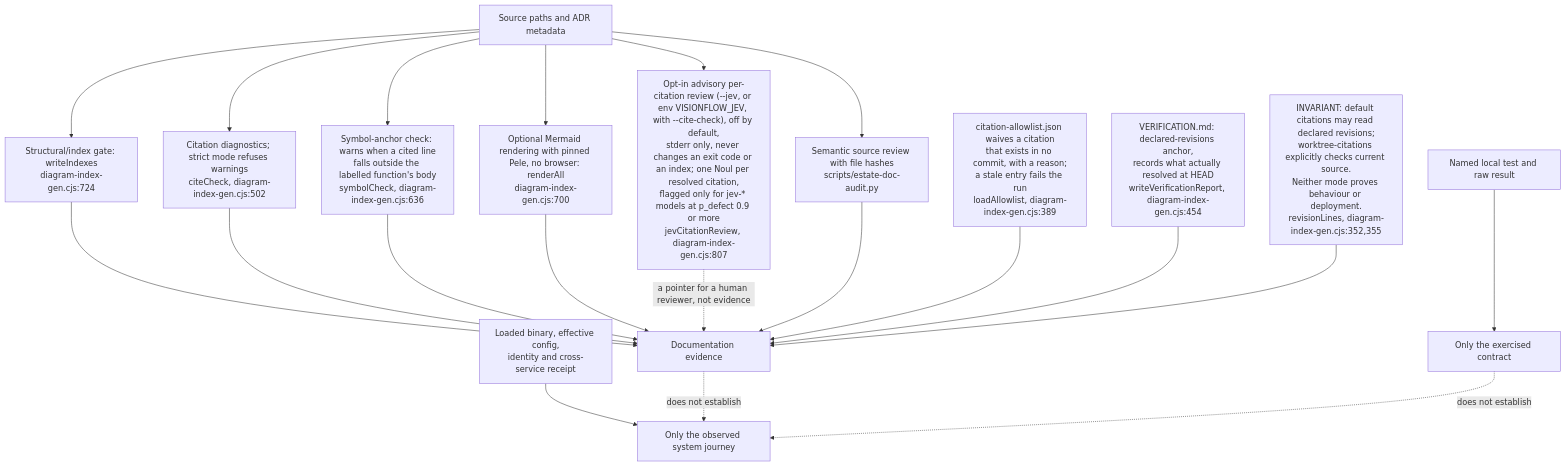
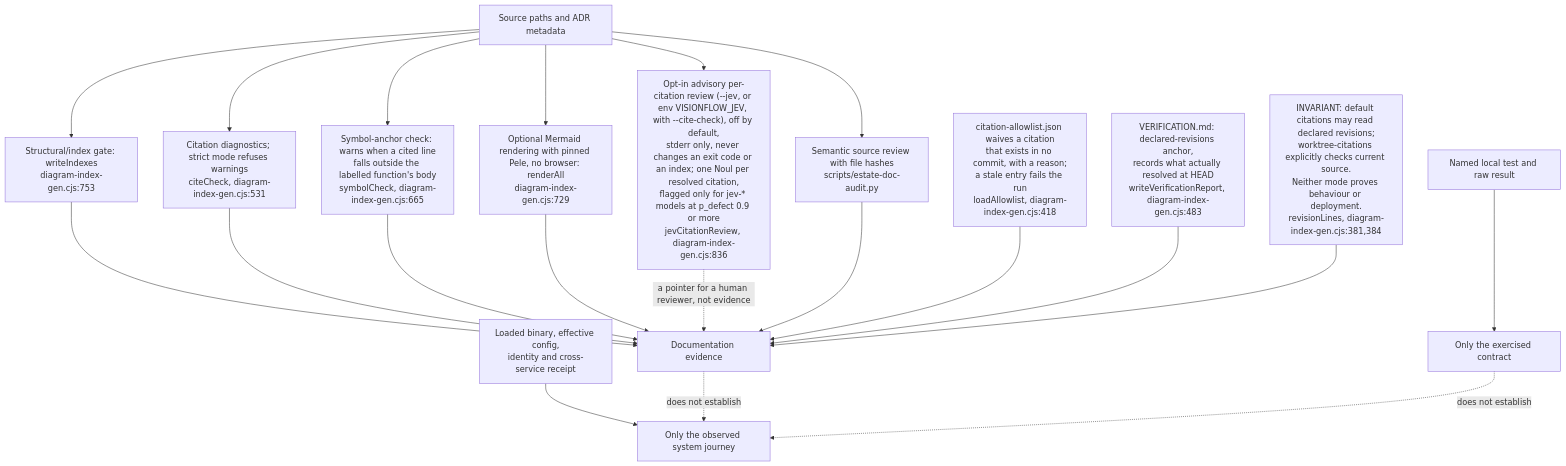
The fifth of 5 diagrams in docs/diagrams/estate/90-evidence-and-supporting-repositories.md (DreamLab-AI/VisionFlow), drawn with Mermaid before and after one commit. The commit also changed other lines of this file and 49 other files, not shown here.

First line of the commit message:
docs(diagrams): re-derive and re-stamp VisionClaw, estate, knowledge-graph, visionGraph, VisionFlow and sidestr topics

````diff
--- a/docs/diagrams/estate/90-evidence-and-supporting-repositories.md
+++ b/docs/diagrams/estate/90-evidence-and-supporting-repositories.md
@@ -107,22 +110,22 @@
 ```mermaid
 flowchart TB
-    F["Source paths and ADR metadata"] --> G["Structural/index gate: writeIndexes<br/>diagram-index-gen.cjs:724"]
-    F --> C["Citation diagnostics; strict mode refuses warnings<br/>citeCheck, diagram-index-gen.cjs:502"]
-    F --> SYM["Symbol-anchor check: warns when a cited line<br/>falls outside the labelled function's body<br/>symbolCheck, diagram-index-gen.cjs:636"]
-    F --> JEV["Opt-in advisory per-citation review (--jev, or env VISIONFLOW_JEV, with --cite-check), off by default,<br/>stderr only, never changes an exit code or an index; one Noul per resolved citation,<br/>flagged only for jev-* models at p_defect 0.9 or more<br/>jevCitationReview, diagram-index-gen.cjs:807"]
-    F --> R["Optional Mermaid rendering with pinned Pele, no browser: renderAll<br/>diagram-index-gen.cjs:700"]
+    F["Source paths and ADR metadata"] --> G["Structural/index gate: writeIndexes<br/>diagram-index-gen.cjs:753"]
+    F --> C["Citation diagnostics; strict mode refuses warnings<br/>citeCheck, diagram-index-gen.cjs:531"]
+    F --> SYM["Symbol-anchor check: warns when a cited line<br/>falls outside the labelled function's body<br/>symbolCheck, diagram-index-gen.cjs:665"]
+    F --> JEV["Opt-in advisory per-citation review (--jev, or env VISIONFLOW_JEV, with --cite-check), off by default,<br/>stderr only, never changes an exit code or an index; one Noul per resolved citation,<br/>flagged only for jev-* models at p_defect 0.9 or more<br/>jevCitationReview, diagram-index-gen.cjs:836"]
+    F --> R["Optional Mermaid rendering with pinned Pele, no browser: renderAll<br/>diagram-index-gen.cjs:729"]
     F --> S["Semantic source review with file hashes<br/>scripts/estate-doc-audit.py"]
     G --> DOC["Documentation evidence"]
     C --> DOC
     SYM --> DOC
     R --> DOC
     JEV -.->|"a pointer for a human reviewer, not evidence"| DOC
     S --> DOC
-    ALLOW["citation-allowlist.json waives a citation<br/>that exists in no commit, with a reason;<br/>a stale entry fails the run<br/>loadAllowlist, diagram-index-gen.cjs:389"] --> DOC
-    VER["VERIFICATION.md: declared-revisions anchor,<br/>records what actually resolved at HEAD<br/>writeVerificationReport, diagram-index-gen.cjs:454"] --> DOC
+    ALLOW["citation-allowlist.json waives a citation<br/>that exists in no commit, with a reason;<br/>a stale entry fails the run<br/>loadAllowlist, diagram-index-gen.cjs:418"] --> DOC
+    VER["VERIFICATION.md: declared-revisions anchor,<br/>records what actually resolved at HEAD<br/>writeVerificationReport, diagram-index-gen.cjs:483"] --> DOC
     TEST["Named local test and raw result"] --> LOCAL["Only the exercised contract"]
     RUN["Loaded binary, effective config,<br/>identity and cross-service receipt"] --> ACCEPT["Only the observed system journey"]
     DOC -.->|"does not establish"| ACCEPT
     LOCAL -.->|"does not establish"| ACCEPT
-    NOTE["INVARIANT: default citations may read declared revisions;<br/>worktree-citations explicitly checks current source.<br/>Neither mode proves behaviour or deployment.<br/>revisionLines, diagram-index-gen.cjs:352,355"] --> DOC
+    NOTE["INVARIANT: default citations may read declared revisions;<br/>worktree-citations explicitly checks current source.<br/>Neither mode proves behaviour or deployment.<br/>revisionLines, diagram-index-gen.cjs:381,384"] --> DOC
 ```
````
